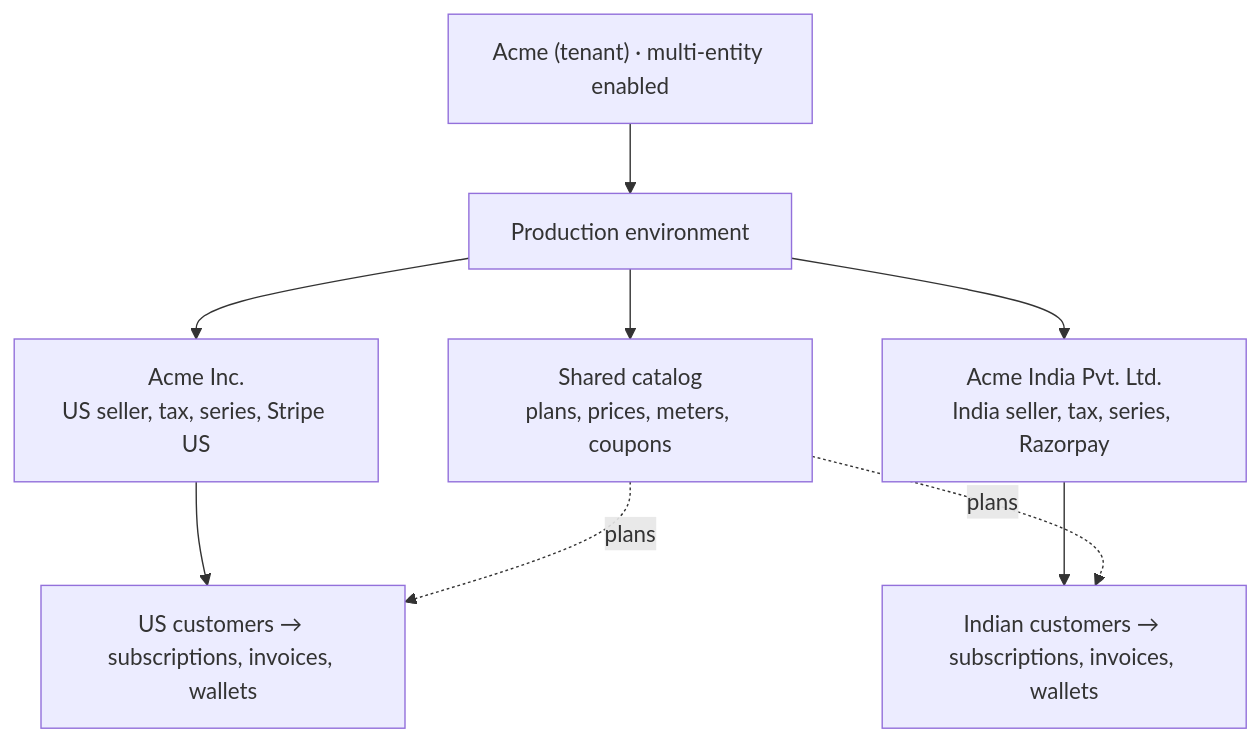
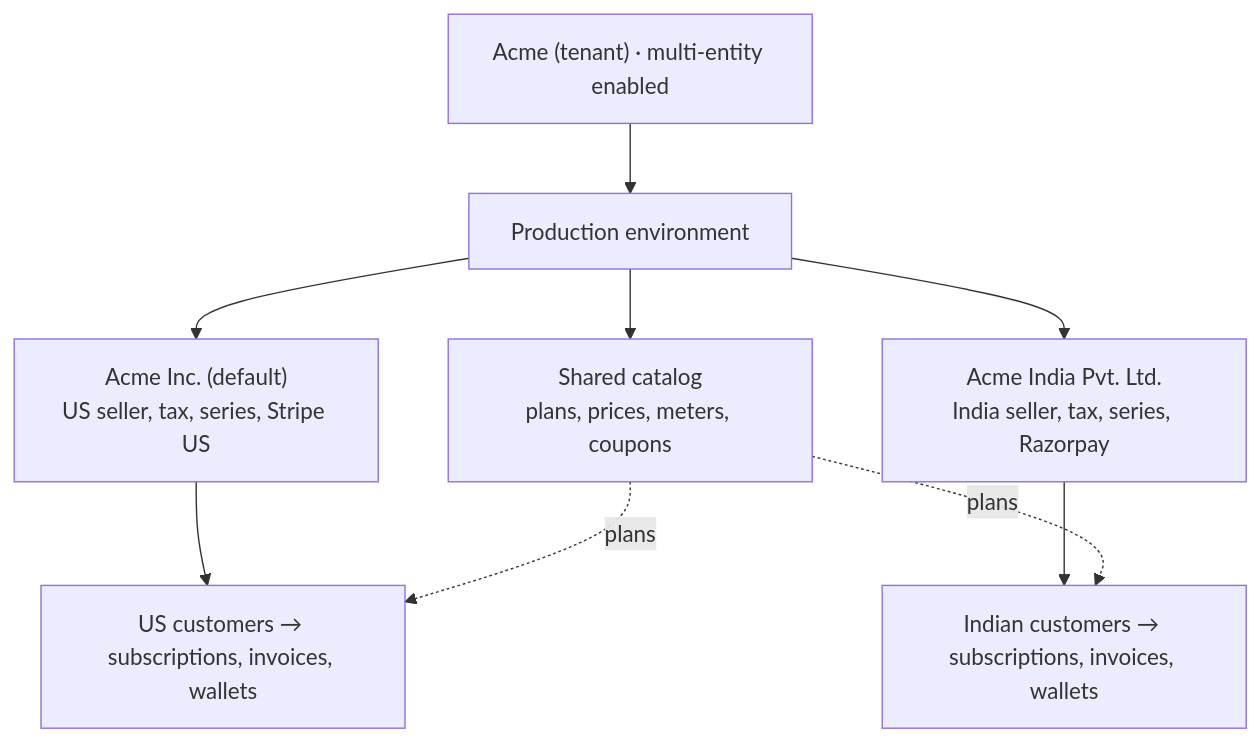
Before and after one commit to flexprice/flexprice: the first of 6 diagrams in docs/design/2026-10-21-multi-entity-billing-erd.md, drawn with Mermaid. The commit also changed other lines of this file, not shown here.

````diff
--- a/docs/design/2026-10-21-multi-entity-billing-erd.md
+++ b/docs/design/2026-10-21-multi-entity-billing-erd.md
@@ -51,11 +54,11 @@
 ```mermaid
 flowchart TD
   T["Acme (tenant) · multi-entity enabled"] --> E[Production environment]
   E --> C["Shared catalog<br/>plans, prices, meters, coupons"]
-  E --> US["Acme Inc.<br/>US seller, tax, series, Stripe US"]
+  E --> US["Acme Inc. (default)<br/>US seller, tax, series, Stripe US"]
   E --> IN["Acme India Pvt. Ltd.<br/>India seller, tax, series, Razorpay"]
   US --> UC[US customers → subscriptions, invoices, wallets]
   IN --> IC[Indian customers → subscriptions, invoices, wallets]
   C -. plans .-> UC
   C -. plans .-> IC
 ```
````
